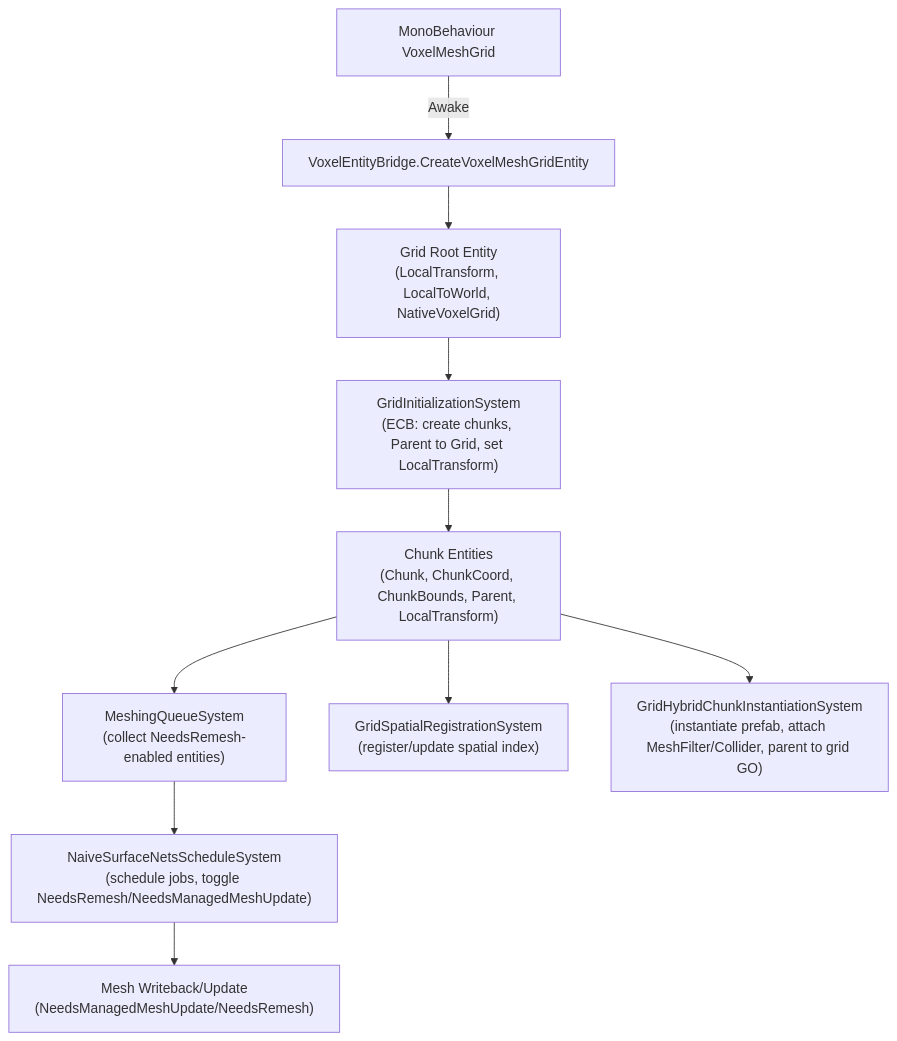
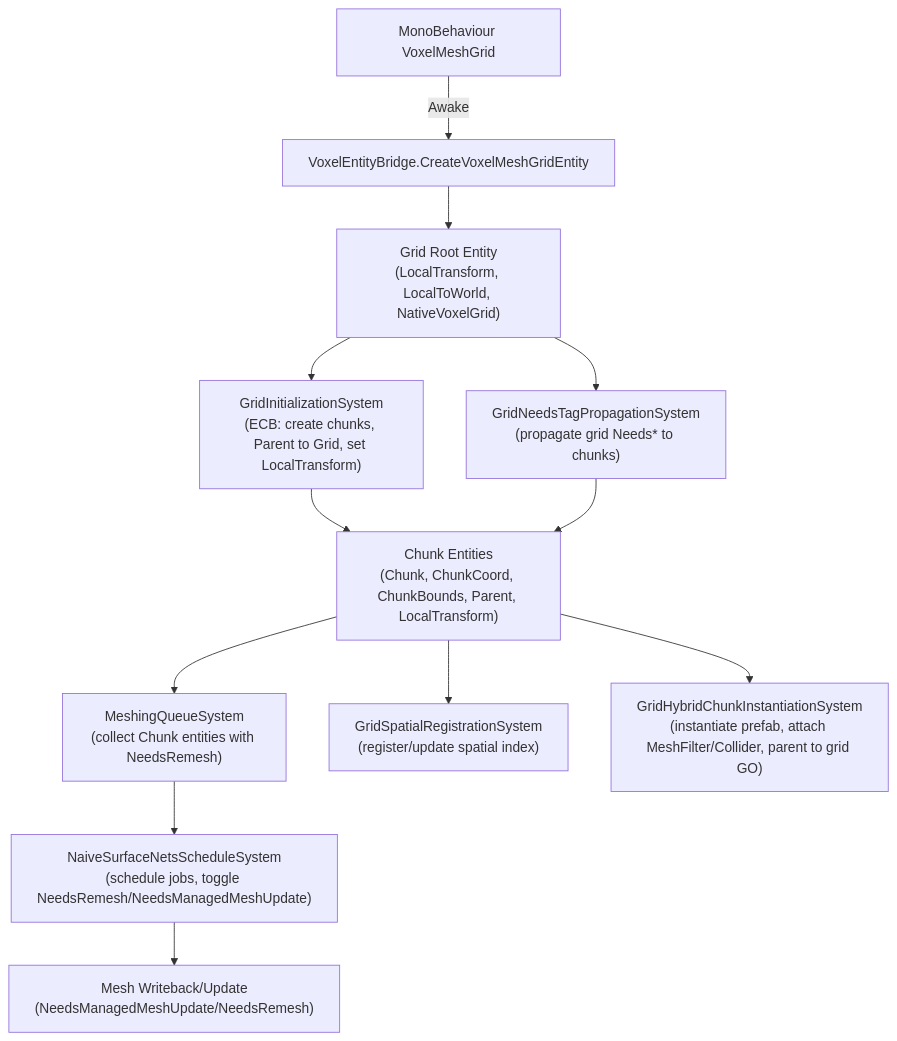
One commit to api-haus/voxelMeshFramework changed the diagram in docs/grid_fixed_size_implementation_plan.md. Above: the diagram before and after it, drawn with Mermaid. The commit also changed other lines of this file and 185 other files, not shown here.

````diff
--- a/docs/grid_fixed_size_implementation_plan.md
+++ b/docs/grid_fixed_size_implementation_plan.md
@@ -31,12 +31,14 @@
 ```mermaid
 flowchart TD
     A["MonoBehaviour VoxelMeshGrid"] -->|Awake| B["VoxelEntityBridge.CreateVoxelMeshGridEntity"]
     B --> C["Grid Root Entity<br/>(LocalTransform, LocalToWorld, NativeVoxelGrid)"]
+    C --> K["GridNeedsTagPropagationSystem<br/>(propagate grid Needs* to chunks)"]
     C --> D["GridInitializationSystem<br/>(ECB: create chunks, Parent to Grid, set LocalTransform)"]
     D --> E["Chunk Entities<br/>(Chunk, ChunkCoord, ChunkBounds, Parent, LocalTransform)"]
-    E --> F["MeshingQueueSystem<br/>(collect NeedsRemesh-enabled entities)"]
+    K --> E
+    E --> F["MeshingQueueSystem<br/>(collect Chunk entities with NeedsRemesh)"]
     F --> G["NaiveSurfaceNetsScheduleSystem<br/>(schedule jobs, toggle NeedsRemesh/NeedsManagedMeshUpdate)"]
     G --> H["Mesh Writeback/Update<br/>(NeedsManagedMeshUpdate/NeedsRemesh)"]
     E --> I["GridSpatialRegistrationSystem<br/>(register/update spatial index)"]
     E --> J["GridHybridChunkInstantiationSystem<br/>(instantiate prefab, attach MeshFilter/Collider, parent to grid GO)"]
 ```
````
